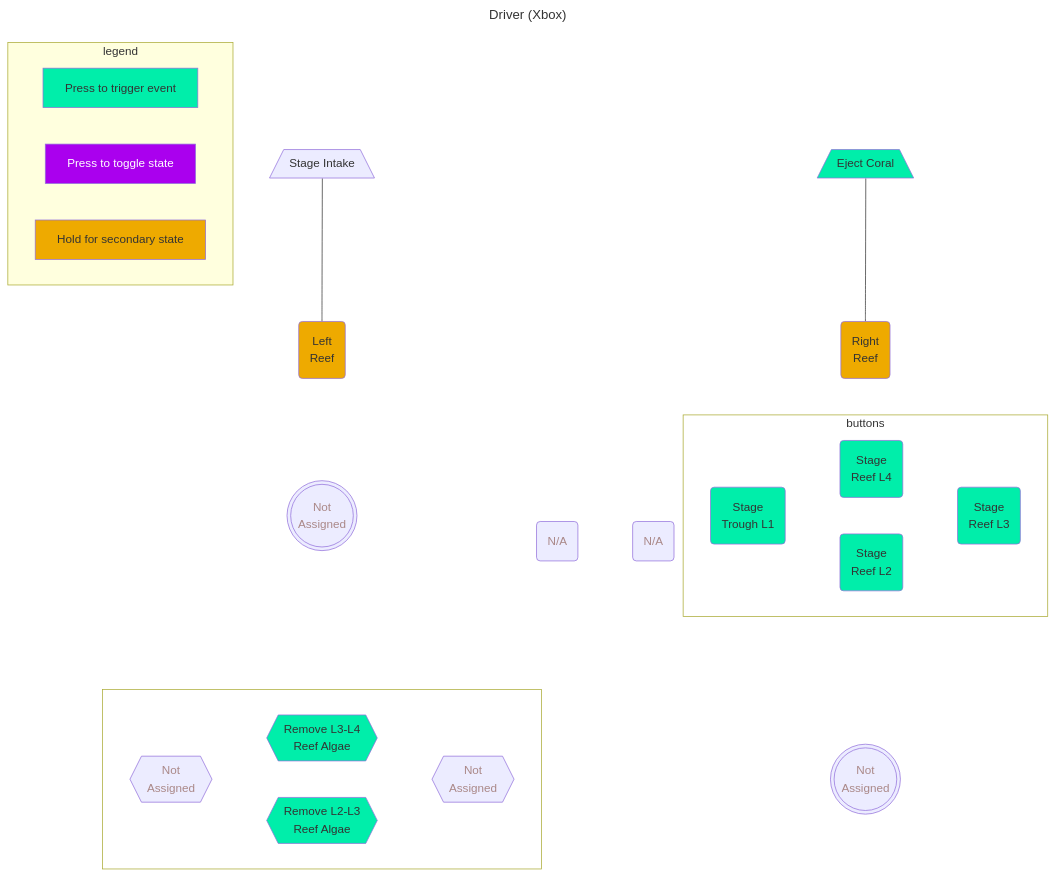
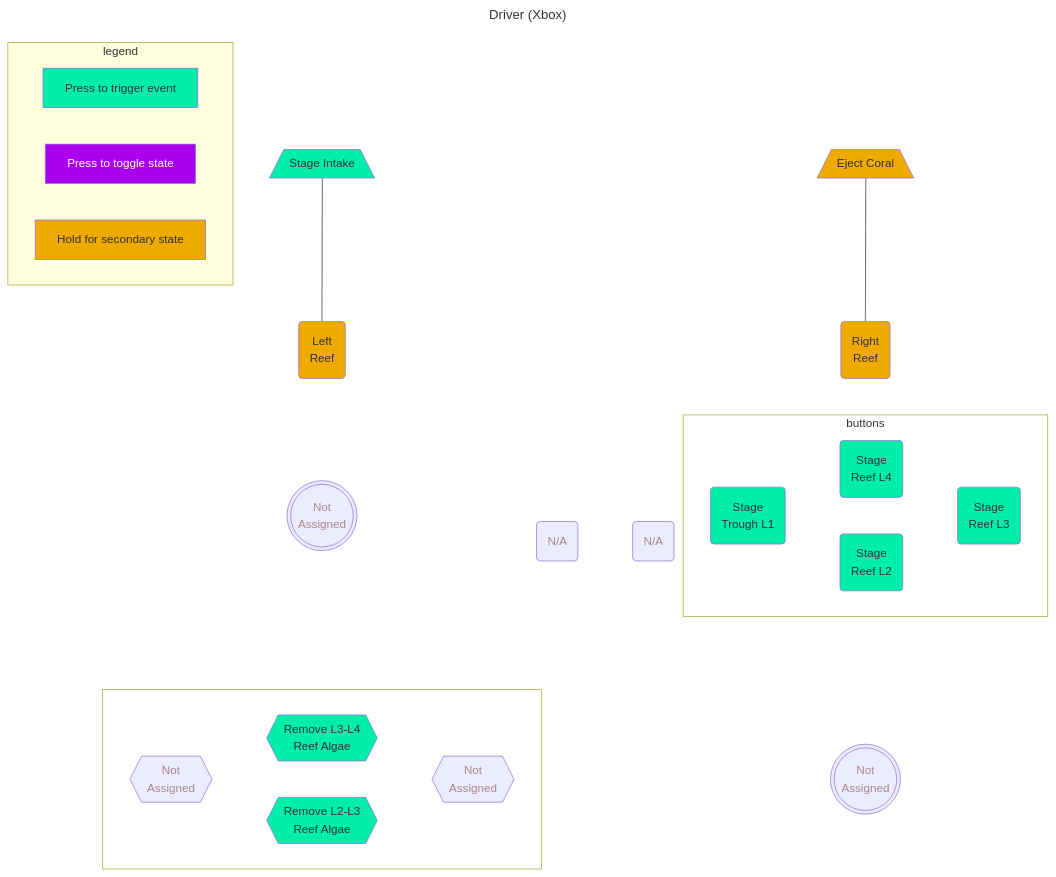
One commit to Raptacon/Robot-2025 changed the diagram in doc/controller_diagrams/operator_xbox_2025_alt.mermaid. Above: the diagram before and after it, drawn with Mermaid.

Commit message:
Color coding adjustment

```diff
--- a/doc/controller_diagrams/operator_xbox_2025_alt.mermaid
+++ b/doc/controller_diagrams/operator_xbox_2025_alt.mermaid
@@ -1,78 +1,78 @@
 ---
 title: Driver (Xbox)
 ---
 graph TB
-    LT[/Stage Intake\]
+    LT[/Stage Intake\]:::clsPress
     NullTrigger:::hidden
-    RT[/Eject Coral\]:::clsPress
+    RT[/Eject Coral\]:::clsHold
 
     LB("Left
         Reef"):::clsHold
     NullBumper:::hidden
     RB("Right
         Reef"):::clsHold
 
     LJs((("Not
             Assigned"))):::na
     subgraph controls[ ]
         Start("N/A"):::na~~~Select("N/A"):::na
     end
     controls:::hidden
     subgraph buttons
         x("Stage 
             Trough L1"):::clsPress
         y("Stage
             Reef L4"):::clsPress
         a("Stage 
             Reef L2"):::clsPress
         b("Stage
             Reef L3"):::clsPress
 
         x~~~y~~~b
         x~~~a~~~b
     end
     buttons:::nobg
     
 
     LNoteLayer[/" "/]:::hidden
     MNoteLayer:::hidden
     RNoteLayer[/" "/]:::hidden
 
     subgraph dpad[ ]
         dL{{"Not 
             Assigned"}}:::na
         dU{{"Remove L3-L4
             Reef Algae"}}:::clsPress
         dD{{"Remove L2-L3
             Reef Algae"}}:::clsPress
         dR{{"Not 
             Assigned"}}:::na
 
         dL~~~dU~~~dR
         %% dL---dR
     
         dL~~~dD~~~dR
     end
     dpad:::nobg
     NullBottom:::hidden
     RJs((("Not 
             Assigned"))):::na
 
     LT---LB~~~LJs~~~LNoteLayer~~~dpad
     NullTrigger~~~NullBumper
         NullBumper~~~controls~~~MNoteLayer
         MNoteLayer~~~NullBottom
     RT---RB~~~buttons~~~RNoteLayer~~~RJs
 
     subgraph legend
         press["Press to trigger event"]:::clsPress
         toggle["Press to toggle state"]:::clsToggle
         hold["Hold for secondary state"]:::clsHold
     end
 classDef hidden display: none;
 classDef na color: #a88
 classDef note fill: #0000, stroke-dasharray: 5 5
 classDef clsHold fill: #ea0
 classDef clsToggle fill: #a0e, color: white
 classDef clsPress fill: #0ea
 classDef nobg fill: transparent
```
